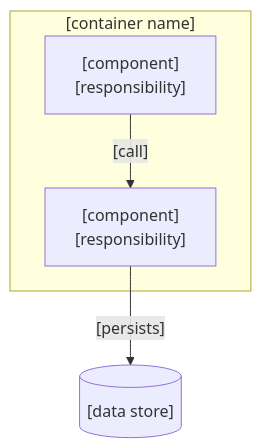
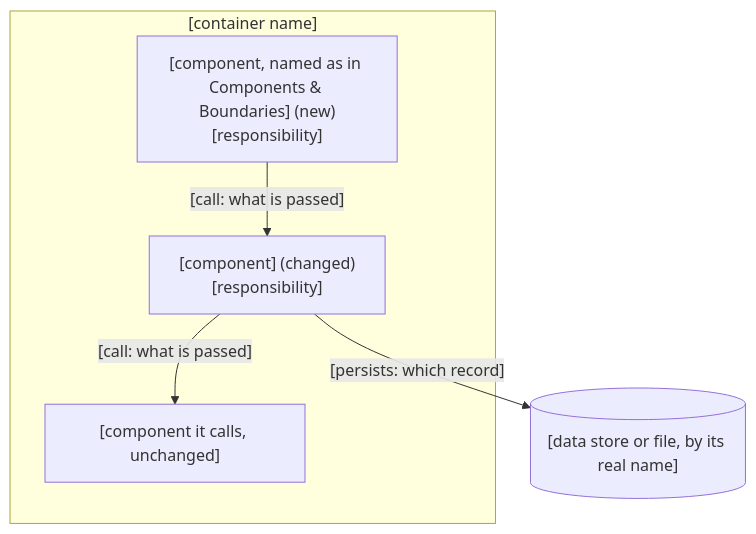
The third of 6 diagrams in core/shared/templates/doflow/design-template.md (khoavu882/do-flow), drawn with Mermaid before and after one commit. The commit also changed other lines of this file and 3 other files, not shown here.

First line of the commit message:
docs(guidance,templates): say what each diagram slot has to show

````diff
--- a/core/shared/templates/doflow/design-template.md
+++ b/core/shared/templates/doflow/design-template.md
@@ -118,11 +128,13 @@
 ```mermaid
 flowchart TB
     subgraph container["[container name]"]
-        C_A["[component]<br/>[responsibility]"]
-        C_B["[component]<br/>[responsibility]"]
+        C_A["[component, named as in Components & Boundaries] (new)<br/>[responsibility]"]
+        C_B["[component] (changed)<br/>[responsibility]"]
+        C_C["[component it calls, unchanged]"]
     end
-    STORE[("[data store]")]
+    STORE[("[data store or file, by its real name]")]
 
-    C_A -->|"[call]"| C_B
-    C_B -->|"[persists]"| STORE
+    C_A -->|"[call: what is passed]"| C_B
+    C_B -->|"[call: what is passed]"| C_C
+    C_B -->|"[persists: which record]"| STORE
 ```
````
